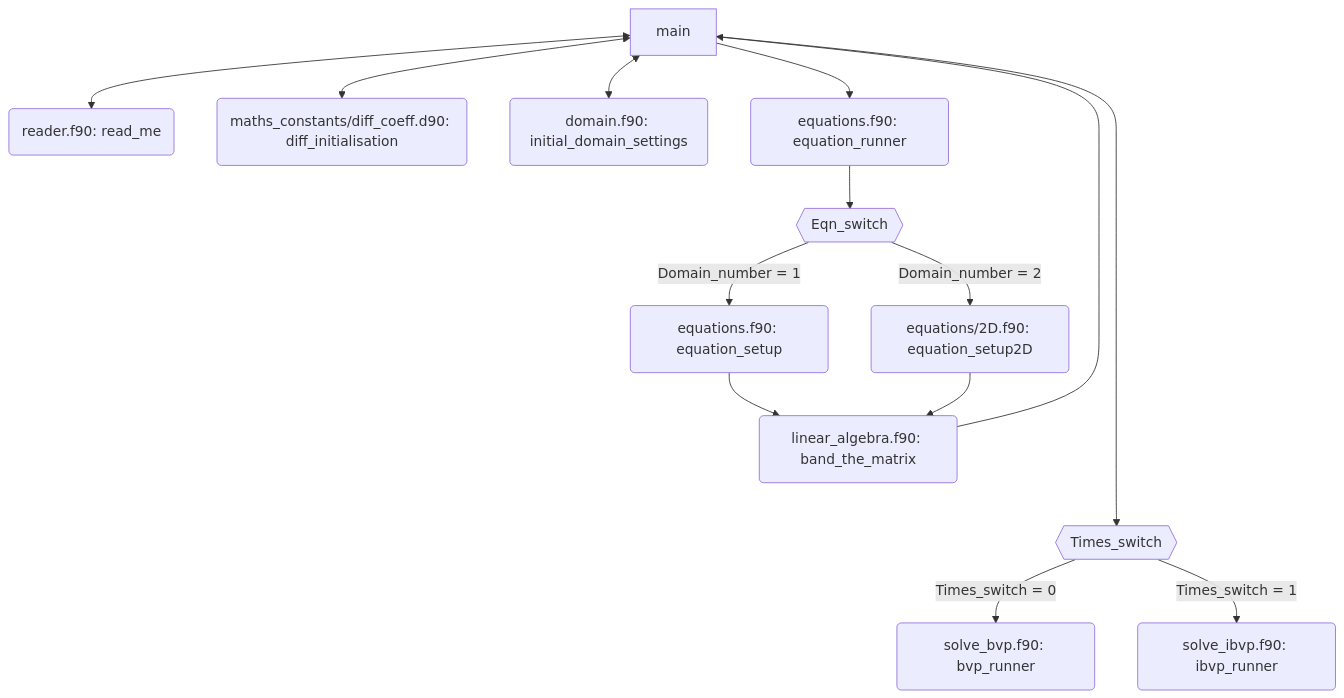
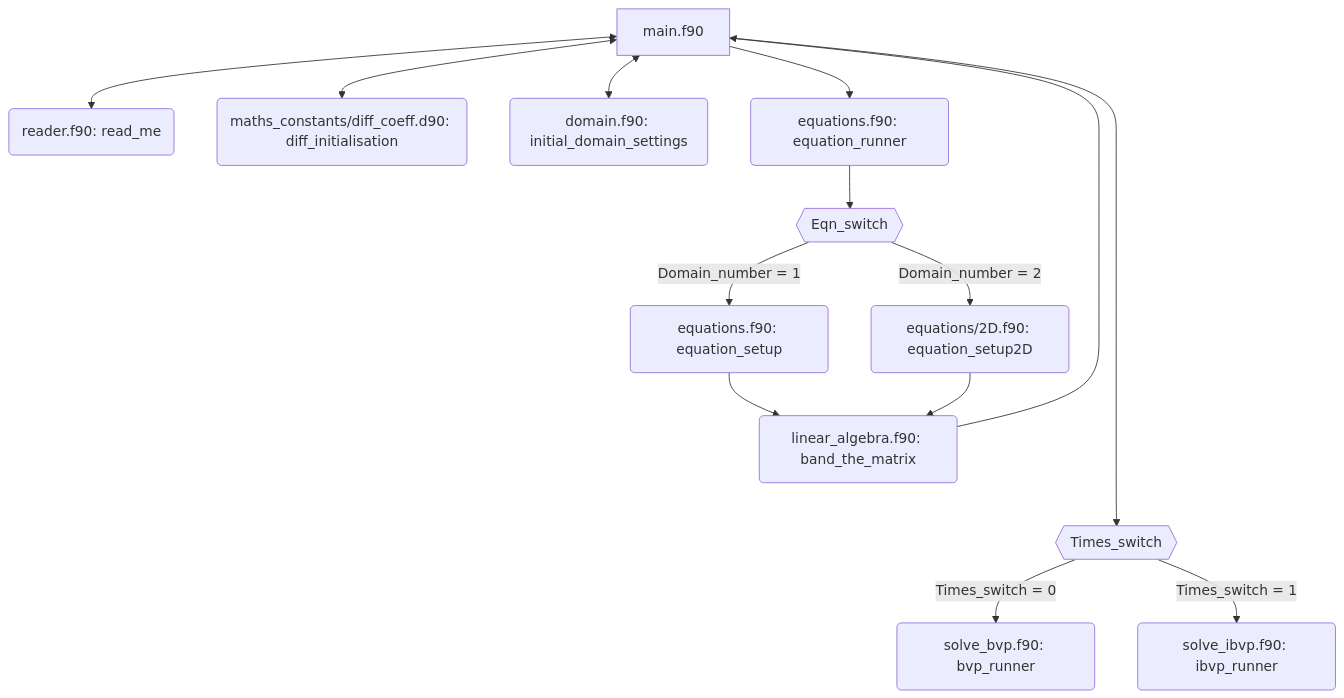
One commit to ImperialCollegeLondon/ReCoDE-Turing-Patterns-and-Partial-Differential-Equations changed the diagram in notebooks/04.modules_and_code_structure.md. Above: the diagram before and after it, drawn with Mermaid. The commit also changed other lines of this file and 20 other files, not shown here.

````diff
--- a/notebooks/04.modules_and_code_structure.md
+++ b/notebooks/04.modules_and_code_structure.md
@@ -62,16 +61,16 @@
 ```mermaid
 graph TD;
-    main <--> id0(reader.f90: read_me);
-    main <-->  id1(maths_constants/diff_coeff.d90: diff_initialisation)
-    main <--> id2(domain.f90: initial_domain_settings)
-    main --> id3(equations.f90: equation_runner)
+    main.f90 <--> id0(reader.f90: read_me);
+    main.f90 <-->  id1(maths_constants/diff_coeff.d90: diff_initialisation)
+    main.f90 <--> id2(domain.f90: initial_domain_settings)
+    main.f90 --> id3(equations.f90: equation_runner)
     id3(equations.f90: equation_runner)  --> id4{{Domain_number}}
     id4{{Eqn_switch}} -->|Domain_number = 1| id5(equations.f90: equation_setup)
     id4{{Eqn_switch}}  --> |Domain_number = 2| id6(equations/2D.f90: equation_setup2D)
     id5(equations.f90: equation_setup) --> id7(linear_algebra.f90: band_the_matrix)
     id6(equations/2D.f90: equation_setup2D) --> id7(linear_algebra.f90: band_the_matrix)
-    id7(linear_algebra.f90: band_the_matrix) --> main
-    main ------> id8{{Times_switch}}
+    id7(linear_algebra.f90: band_the_matrix) --> main.f90
+    main.f90 ------> id8{{Times_switch}}
     id8{{Times_switch}} -->|Times_switch = 0| id9(solve_bvp.f90: bvp_runner)
     id8{{Times_switch}}  --> |Times_switch = 1| id10(solve_ibvp.f90: ibvp_runner)
 ```
````
